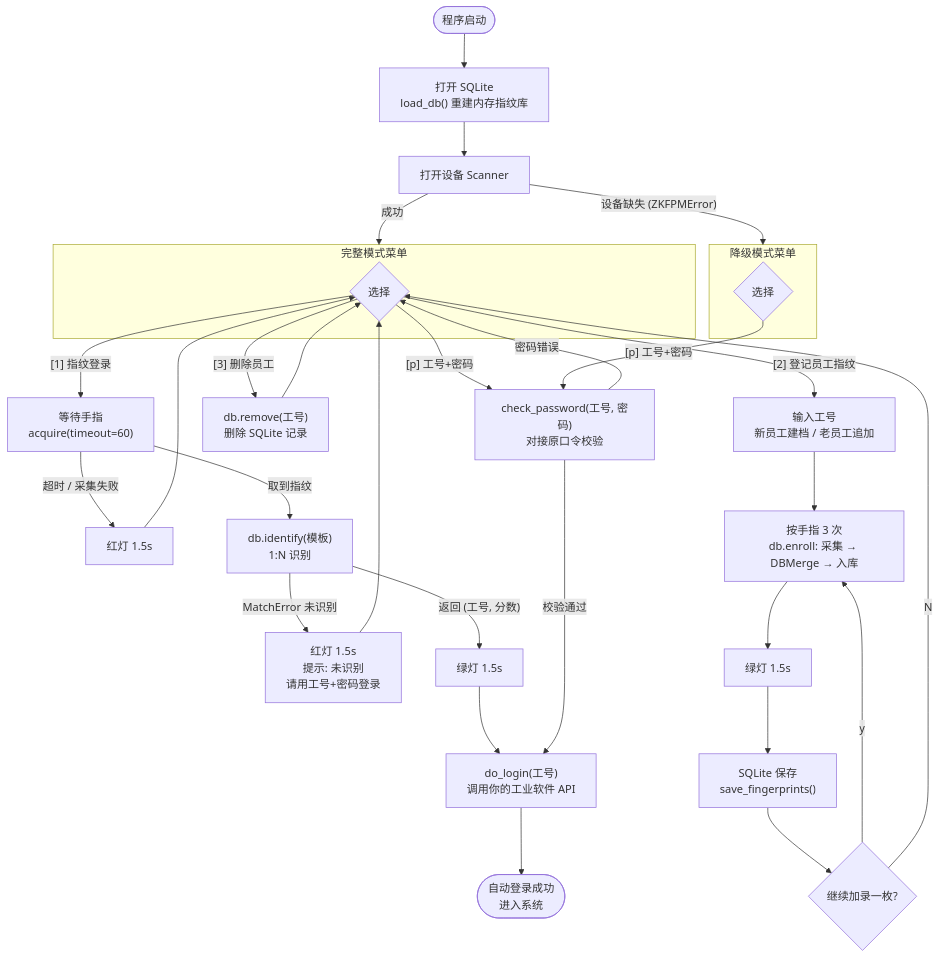
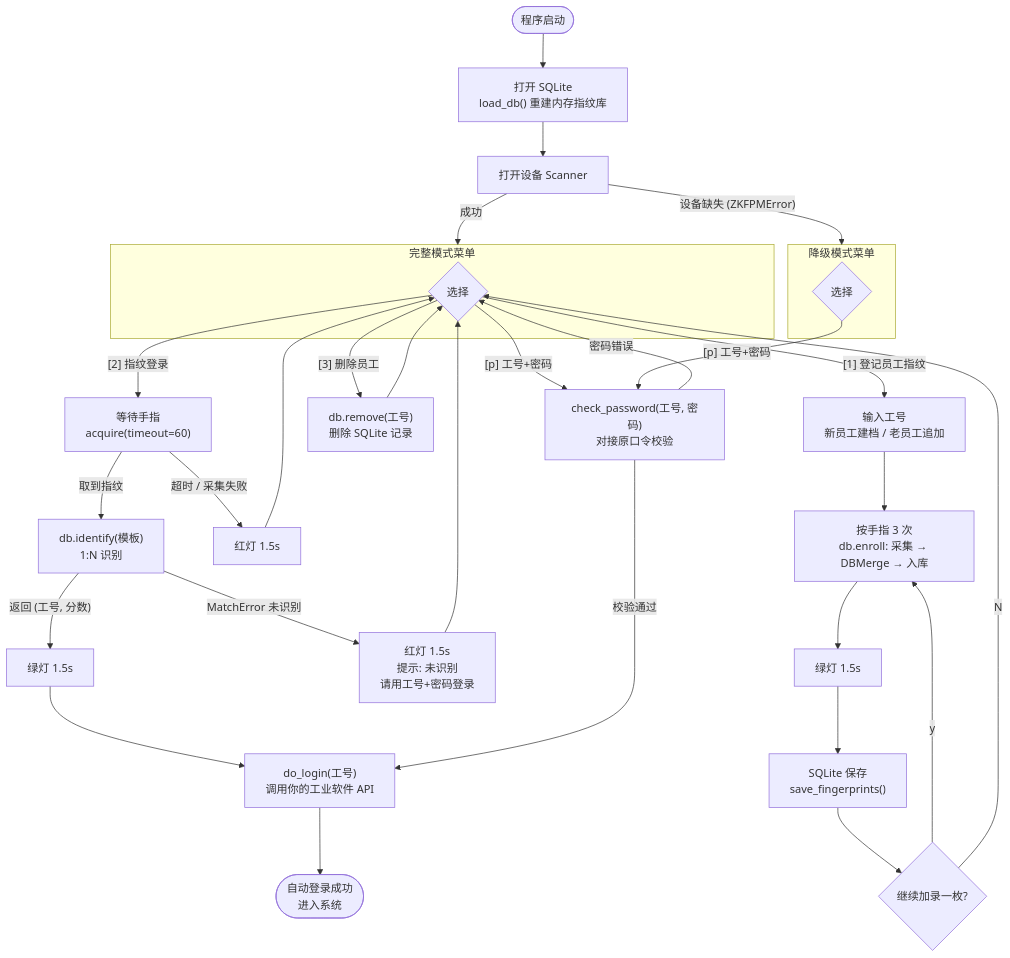
One commit to yunluo/pyzk20r changed the first of 2 diagrams in README.md. Above: the diagram before and after it, drawn with Mermaid. The commit also changed other lines of this file and 2 other files, not shown here.

Commit message:
chore: industrial_login 菜单序号调整 — [1] 登记员工指纹 / [2] 指纹登录

````diff
--- a/README.md
+++ b/README.md
@@ -156,35 +156,35 @@
 ```mermaid
 flowchart TD
     A([程序启动]) --> B["打开 SQLite<br/>load_db() 重建内存指纹库"]
     B --> C["打开设备 Scanner"]
     C -->|成功| M1
     C -->|"设备缺失 (ZKFPMError)"| M2
 
     subgraph M1["完整模式菜单"]
         D{"选择"}
     end
     subgraph M2["降级模式菜单"]
         D2{"选择"}
     end
 
-    D -->|"[1] 指纹登录"| F["等待手指<br/>acquire(timeout=60)"]
+    D -->|"[1] 登记员工指纹"| K["输入工号<br/>新员工建档 / 老员工追加"]
+    K --> L["按手指 3 次<br/>db.enroll: 采集 → DBMerge → 入库"]
+    L --> SG["绿灯 1.5s"] --> S["SQLite 保存<br/>save_fingerprints()"]
+    S --> Q{继续加录一枚?}
+    Q -->|y| L
+    Q -->|N| D
+
+    D -->|"[2] 指纹登录"| F["等待手指<br/>acquire(timeout=60)"]
     F -->|"超时 / 采集失败"| FR["红灯 1.5s"] --> D
     F -->|取到指纹| G["db.identify(模板)<br/>1:N 识别"]
     G -->|"MatchError 未识别"| H["红灯 1.5s<br/>提示: 未识别<br/>请用工号+密码登录"] --> D
     G -->|"返回 (工号, 分数)"| IG["绿灯 1.5s"] --> I["do_login(工号)<br/>调用你的工业软件 API"]
     I --> OK([自动登录成功<br/>进入系统])
-
-    D -->|"[2] 登记员工指纹"| K["输入工号<br/>新员工建档 / 老员工追加"]
-    K --> L["按手指 3 次<br/>db.enroll: 采集 → DBMerge → 入库"]
-    L --> SG["绿灯 1.5s"] --> S["SQLite 保存<br/>save_fingerprints()"]
-    S --> Q{继续加录一枚?}
-    Q -->|y| L
-    Q -->|N| D
 
     D -->|"[3] 删除员工"| R["db.remove(工号)<br/>删除 SQLite 记录"] --> D
 
     D -->|"[p] 工号+密码"| P["check_password(工号, 密码)<br/>对接原口令校验"]
     D2 -->|"[p] 工号+密码"| P
     P -->|校验通过| I
     P -->|密码错误| D
 ```
````
